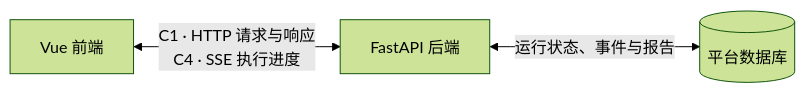
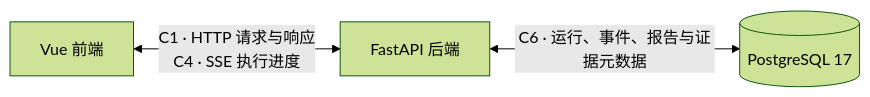
One commit to zhouyibetter1314/waata changed the first of 3 diagrams in contracts/README.md. Above: the diagram before and after it, drawn with Mermaid (forest theme). The commit also changed other lines of this file and 10 other files, not shown here.

Commit message:
docs(contracts): define PostgreSQL persistence contract

````diff
--- a/contracts/README.md
+++ b/contracts/README.md
@@ -7,9 +7,9 @@
 ```mermaid
 flowchart LR
     Web["Vue 前端"]
     Backend["FastAPI 后端"]
-    Database[("平台数据库")]
+    Database[("PostgreSQL 17")]
 
     Web <-->|"C1 · HTTP 请求与响应<br/>C4 · SSE 执行进度"| Backend
-    Backend <-->|"运行状态、事件与报告"| Database
+    Backend <-->|"C6 · 运行、事件、报告与证据元数据"| Database
 ```
````
